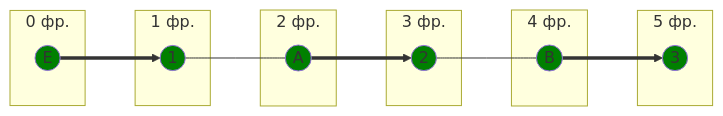
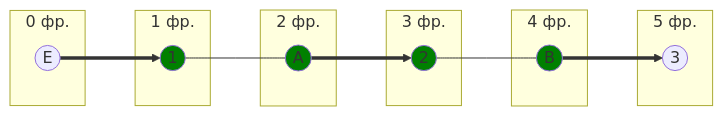
Diagram 14 of 16 in Задание 8/syndicate.md (algos-ris-24-3/manual-tasks), drawn with Mermaid before and after one commit. The commit also changed other lines of this file, not shown here.

````diff
--- a/Задание 8/syndicate.md
+++ b/Задание 8/syndicate.md
@@ -530,30 +568,30 @@
 ```mermaid
 graph LR
     subgraph " 0 фр."
         E((E))
     end
     subgraph " 1 фр."
         1((1))
     end
     subgraph " 2 фр."
         A((A))
+        
     end
     subgraph " 3 фр."
         2((2))
     end
     subgraph " 4 фр."
         B((B))
     end
-    subgraph " 5 фр."
+       subgraph " 5 фр."
         3((3))
     end
     
     E ==> 1 --- A ==> 2 --- B ==> 3
+
     
-    style E fill:#008000
     style A fill:#008000
     style B fill:#008000
     style 1 fill:#008000
     style 2 fill:#008000
-    style 3 fill:#008000
 ```
````
